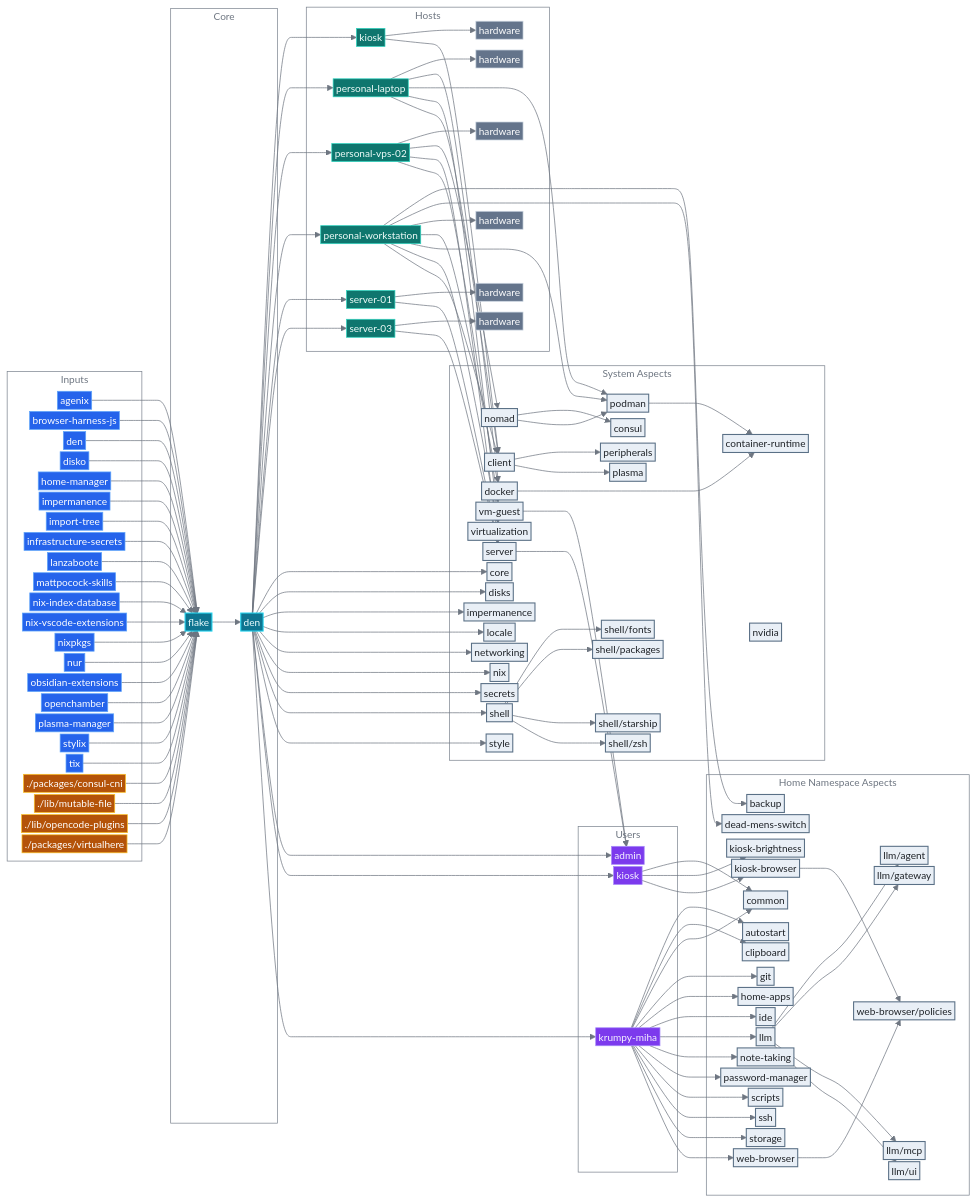
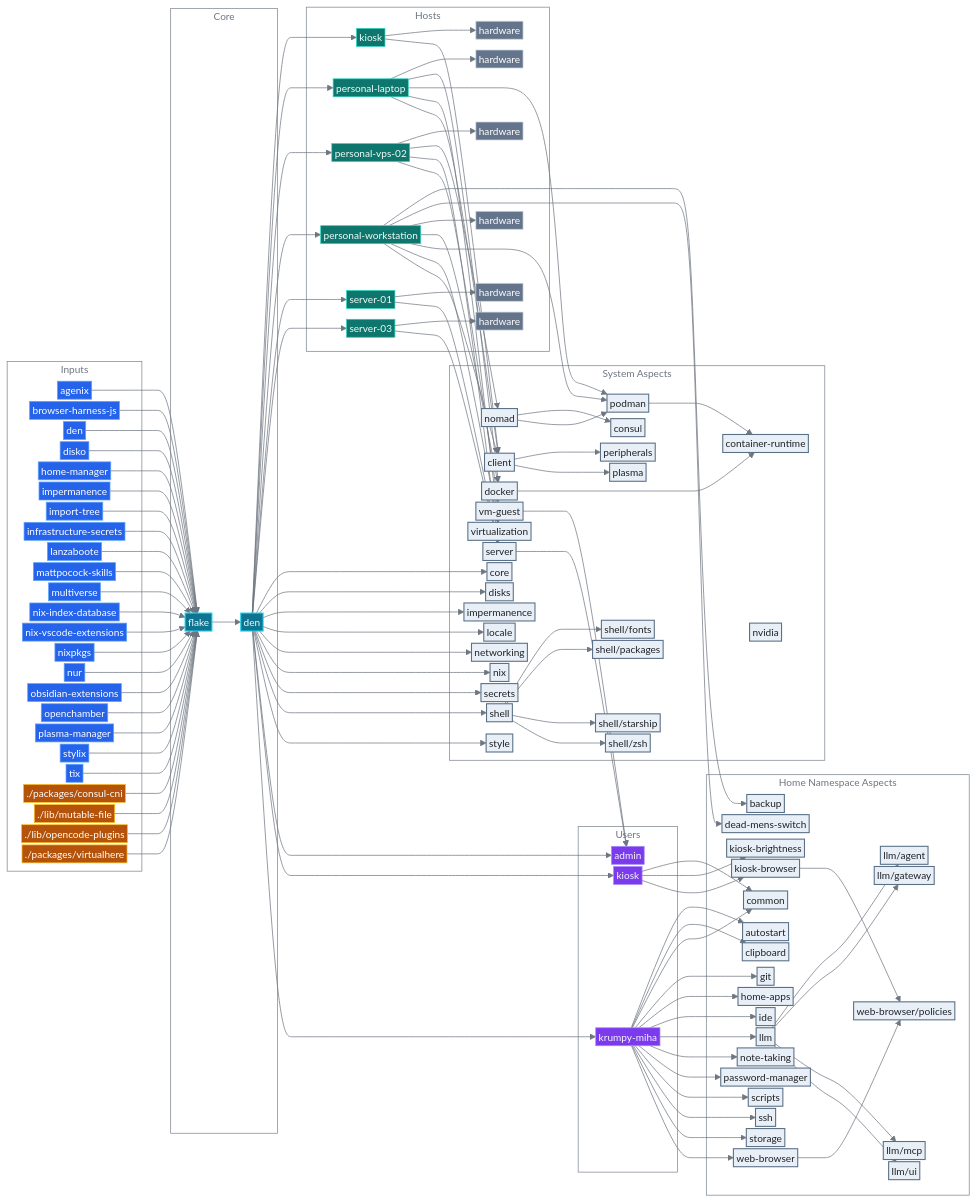
Before and after one commit to mihakrumpestar/infrastructure: the diagram in README.md, drawn with Mermaid. The commit also changed other lines of this file and 6 other files, not shown here.

```diff
--- a/README.md
+++ b/README.md
@@ -142,6 +142,7 @@
         input_infrastructure_secrets["infrastructure-secrets"]:::input
         input_lanzaboote["lanzaboote"]:::input
         input_mattpocock_skills["mattpocock-skills"]:::input
+        input_multiverse["multiverse"]:::input
         input_nix_index_database["nix-index-database"]:::input
         input_nix_vscode_extensions["nix-vscode-extensions"]:::input
         input_nixpkgs["nixpkgs"]:::input
@@ -294,6 +295,7 @@
     input_infrastructure_secrets --> flake
     input_lanzaboote --> flake
     input_mattpocock_skills --> flake
+    input_multiverse --> flake
     input_nix_index_database --> flake
     input_nix_vscode_extensions --> flake
     input_nixpkgs --> flake
```
